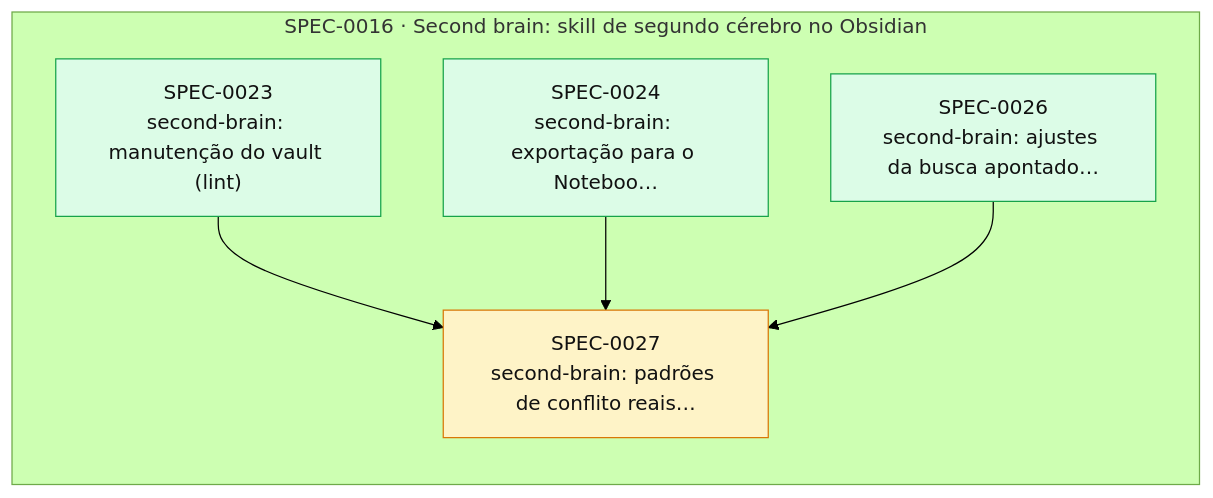
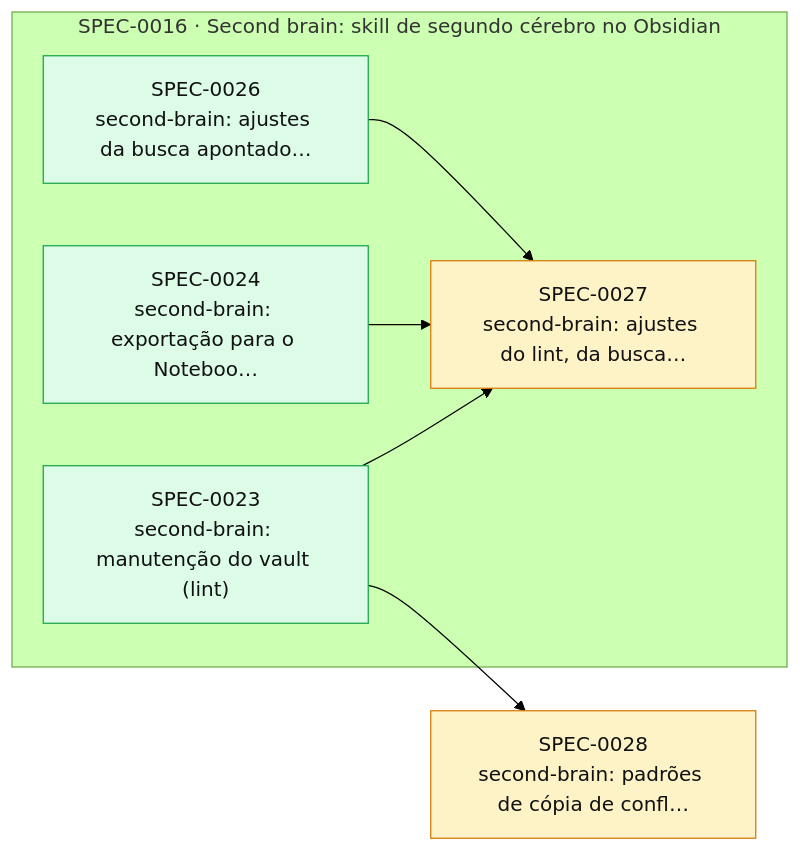
One commit to thomasravache/ai-dev-brain changed the diagram in docs/specs/INDEX.md. Above: the diagram before and after it, drawn with Mermaid (forest theme). The commit also changed other lines of this file and 2 other files, not shown here.

First line of the commit message:
docs(specs): padrões de conflito reais separados na SPEC-0028; SPEC-0027 pronta para aprovação

````diff
--- a/docs/specs/INDEX.md
+++ b/docs/specs/INDEX.md
@@ -45,17 +46,19 @@
 ```mermaid
 flowchart LR
+  S0028["SPEC-0028<br/>second-brain: padrões de cópia de confl…"]:::proposed
   subgraph E0016["SPEC-0016 · Second brain: skill de segundo cérebro no Obsidian"]
     S0023["SPEC-0023<br/>second-brain: manutenção do vault (lint)"]:::implemented
     S0024["SPEC-0024<br/>second-brain: exportação para o Noteboo…"]:::implemented
     S0026["SPEC-0026<br/>second-brain: ajustes da busca apontado…"]:::implemented
-    S0027["SPEC-0027<br/>second-brain: padrões de conflito reais…"]:::proposed
+    S0027["SPEC-0027<br/>second-brain: ajustes do lint, da busca…"]:::proposed
   end
   S0023 --> S0027
   S0024 --> S0027
   S0026 --> S0027
+  S0023 --> S0028
   classDef proposed fill:#fef3c7,stroke:#d97706,color:#111
   classDef approved fill:#dbeafe,stroke:#2563eb,color:#111
   classDef inprogress fill:#ede9fe,stroke:#7c3aed,color:#111
   classDef implemented fill:#dcfce7,stroke:#16a34a,color:#111
   classDef deprecated fill:#f3f4f6,stroke:#9ca3af,color:#6b7280
 ```
````
